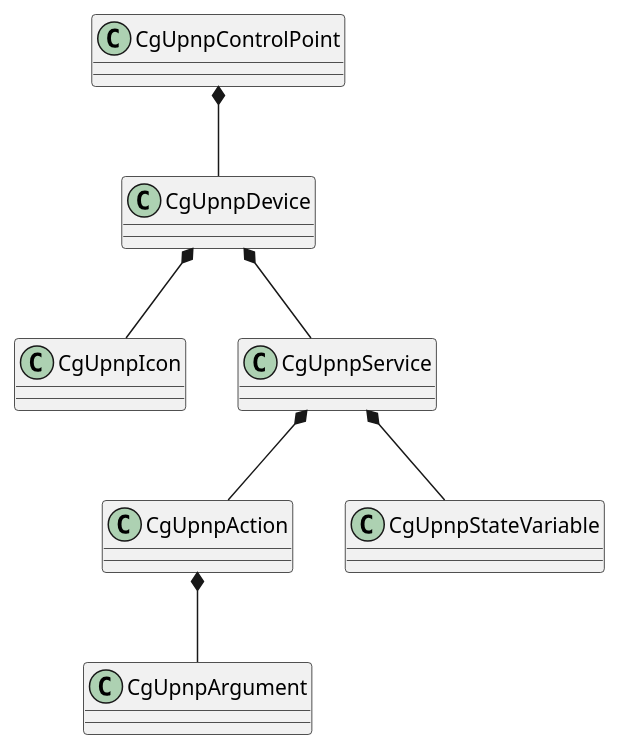
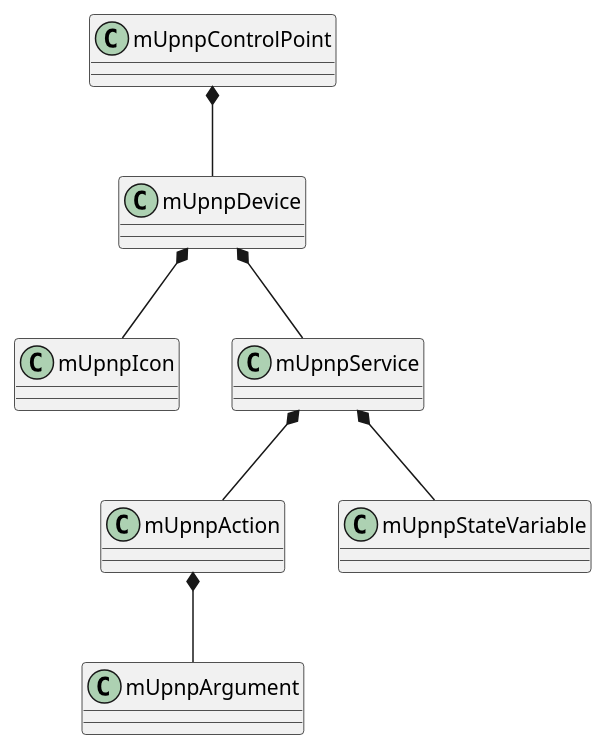
One commit to cybergarage/mupnp changed the diagram in doc/img/mupnp-c-ctrlpoint-class-overview.pu. Above: the diagram before and after it, drawn with PlantUML. The commit also changed 3 other files, not shown here.

```diff
--- a/doc/img/mupnp-c-ctrlpoint-class-overview.pu
+++ b/doc/img/mupnp-c-ctrlpoint-class-overview.pu
@@ -1,8 +1,8 @@
 @startuml
-CgUpnpControlPoint *-- CgUpnpDevice
-CgUpnpDevice *-- CgUpnpIcon
-CgUpnpDevice *-- CgUpnpService
-CgUpnpService *-- CgUpnpAction
-CgUpnpAction *-- CgUpnpArgument
-CgUpnpService *-- CgUpnpStateVariable
+mUpnpControlPoint *-- mUpnpDevice
+mUpnpDevice *-- mUpnpIcon
+mUpnpDevice *-- mUpnpService
+mUpnpService *-- mUpnpAction
+mUpnpAction *-- mUpnpArgument
+mUpnpService *-- mUpnpStateVariable
 @enduml
```
